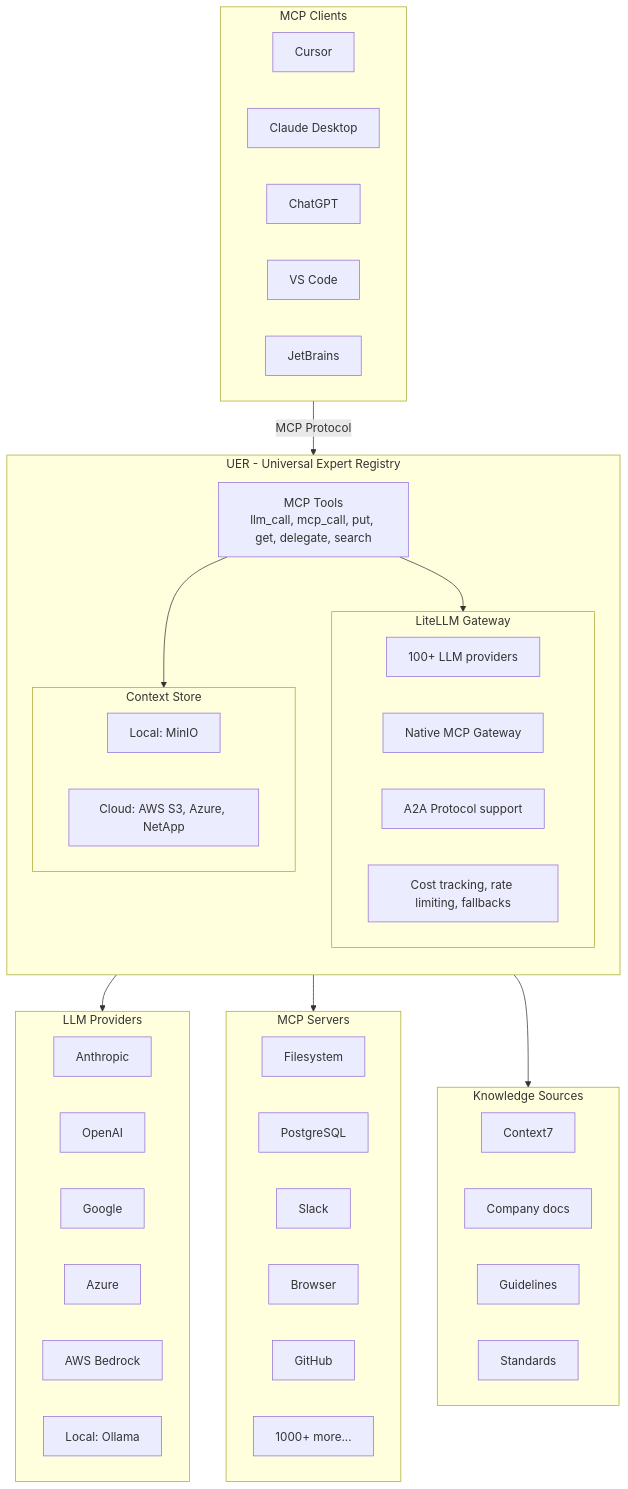
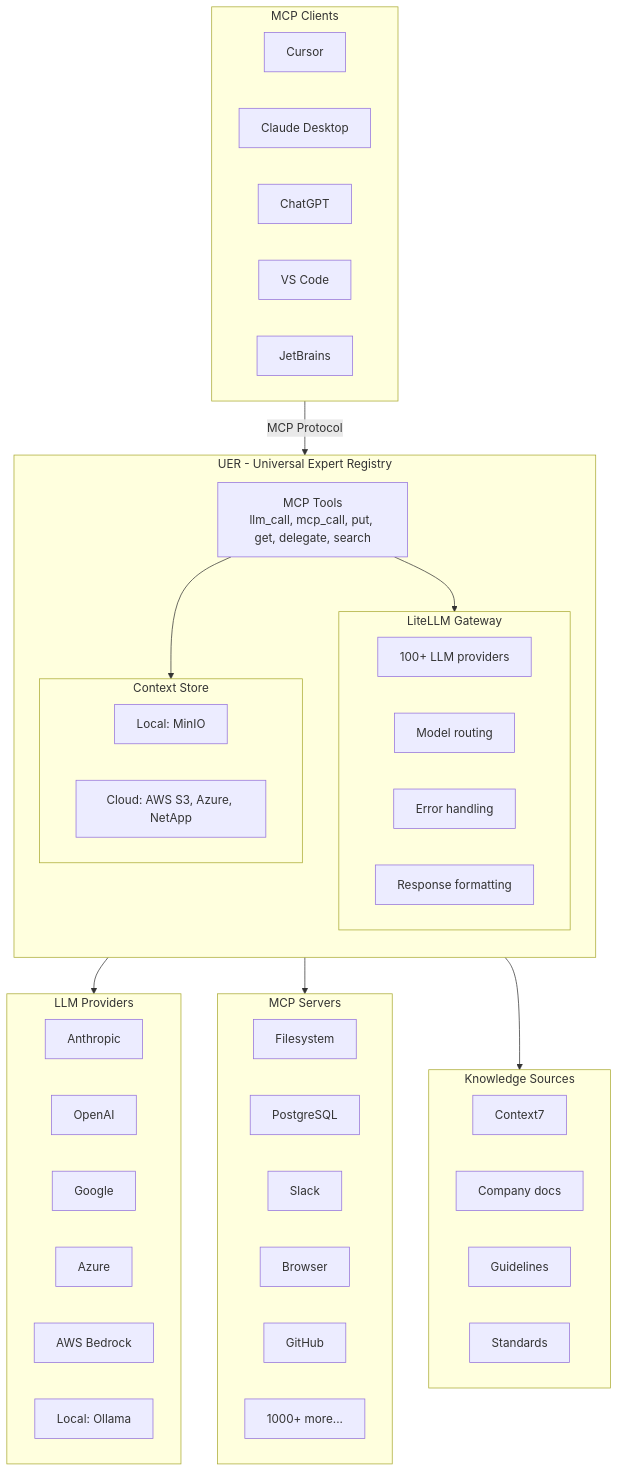
Before and after one commit to margusmartsepp/UER: the diagram in README.md, drawn with Mermaid. The commit also changed other lines of this file, not shown here.

````diff
--- a/README.md
+++ b/README.md
@@ -73,60 +73,60 @@
 ```mermaid
 graph TB
     subgraph clients["MCP Clients"]
         A1["Cursor"]
         A2["Claude Desktop"]
         A3["ChatGPT"]
         A4["VS Code"]
         A5["JetBrains"]
     end
 
     subgraph uer["UER - Universal Expert Registry"]
         direction TB
         B["MCP Tools<br/>llm_call, mcp_call, put, get, delegate, search"]
 
         subgraph litellm["LiteLLM Gateway"]
             C1["100+ LLM providers"]
-            C2["Native MCP Gateway"]
-            C3["A2A Protocol support"]
-            C4["Cost tracking, rate limiting, fallbacks"]
+            C2["Model routing"]
+            C3["Error handling"]
+            C4["Response formatting"]
         end
 
         subgraph store["Context Store"]
             D1["Local: MinIO"]
             D2["Cloud: AWS S3, Azure, NetApp"]
         end
 
         B --> litellm
         B --> store
     end
 
     subgraph providers["LLM Providers"]
         E1["Anthropic"]
         E2["OpenAI"]
         E3["Google"]
         E4["Azure"]
         E5["AWS Bedrock"]
         E6["Local: Ollama"]
     end
 
     subgraph mcpservers["MCP Servers"]
         F1["Filesystem"]
         F2["PostgreSQL"]
         F3["Slack"]
         F4["Browser"]
         F5["GitHub"]
         F6["1000+ more..."]
     end
 
     subgraph knowledge["Knowledge Sources"]
         G1["Context7"]
         G2["Company docs"]
         G3["Guidelines"]
         G4["Standards"]
     end
 
     clients -->|MCP Protocol| B
     litellm --> providers
     litellm --> mcpservers
     litellm --> knowledge
 ```
````
